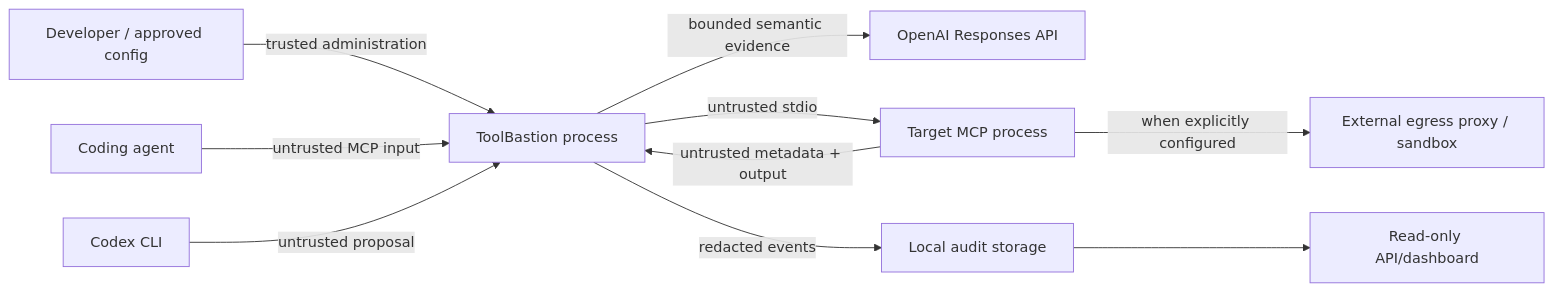
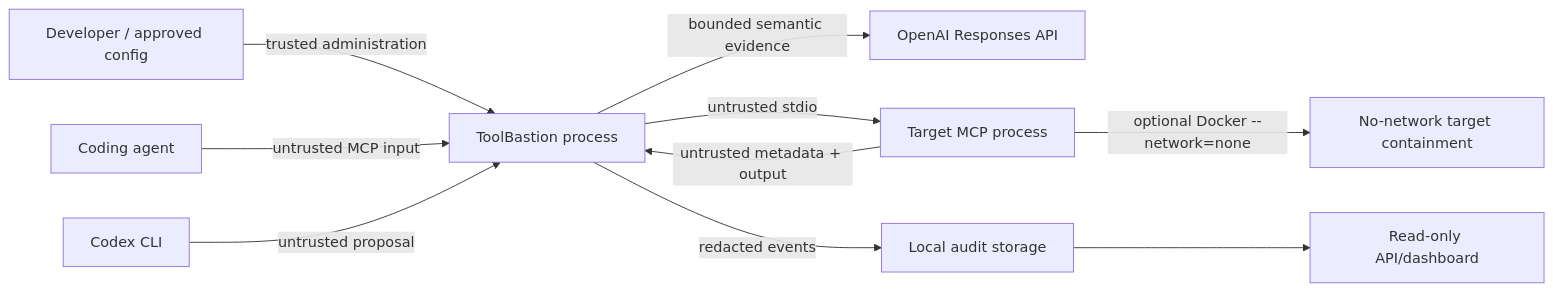
One commit to MaharMuavia/toolbastion changed the diagram in SECURITY_ASSUMPTIONS.md. Above: the diagram before and after it, drawn with Mermaid. The commit also changed other lines of this file and 36 other files, not shown here.

````diff
--- a/SECURITY_ASSUMPTIONS.md
+++ b/SECURITY_ASSUMPTIONS.md
@@ -11,12 +11,12 @@
 ```mermaid
 flowchart LR
   U["Developer / approved config"] -->|trusted administration| W["ToolBastion process"]
   A["Coding agent"] -->|untrusted MCP input| W
   W -->|bounded semantic evidence| G["OpenAI Responses API"]
   W -->|untrusted stdio| T["Target MCP process"]
-  T -->|when explicitly configured| E["External egress proxy / sandbox"]
+  T -->|optional Docker --network=none| E["No-network target containment"]
   T -->|untrusted metadata + output| W
   W -->|redacted events| L["Local audit storage"]
   L --> D["Read-only API/dashboard"]
   C["Codex CLI"] -->|untrusted proposal| W
 ```
````
